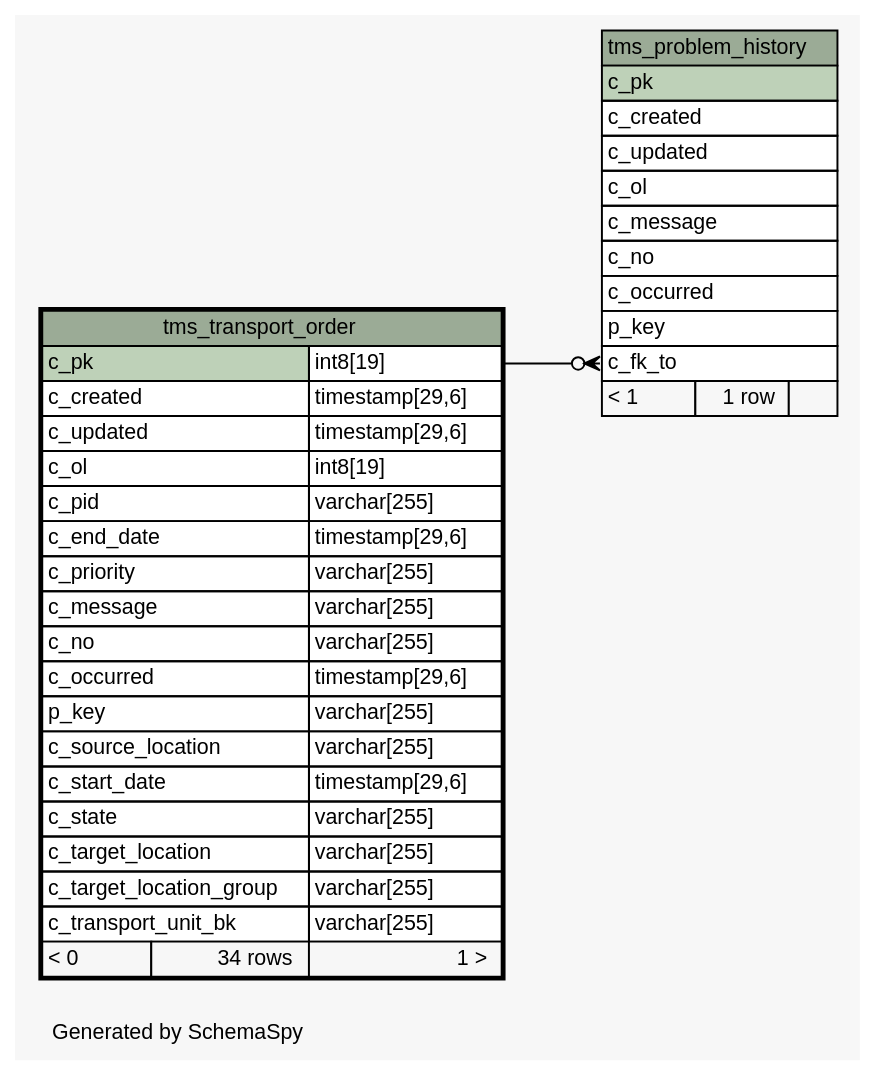
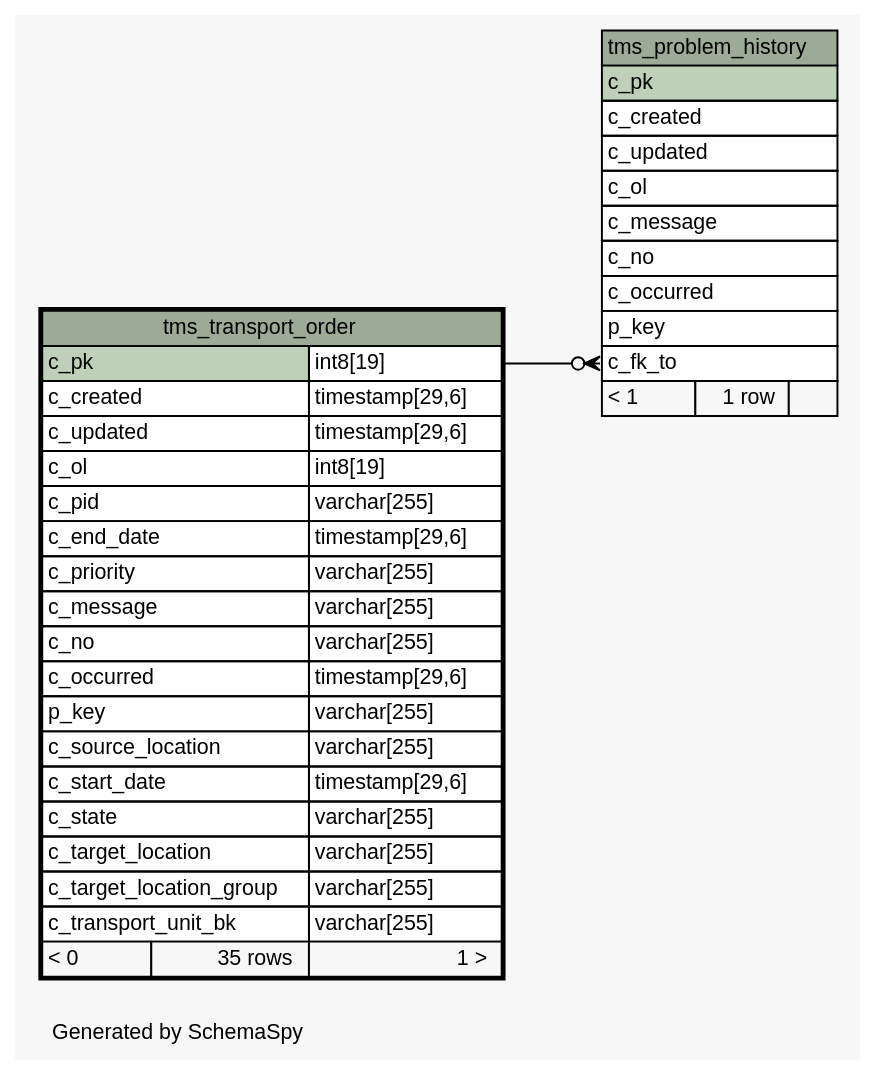
The diagram in 1.4.0-SNAPSHOT/schemaspy/diagrams/tms_transport_order.1degree.dot (openwms/org.openwms.tms.transportation), drawn with Graphviz before and after one commit. The commit also changed 303 other files, not shown here.

```diff
--- a/1.4.0-SNAPSHOT/schemaspy/diagrams/tms_transport_order.1degree.dot
+++ b/1.4.0-SNAPSHOT/schemaspy/diagrams/tms_transport_order.1degree.dot
@@ -1,67 +1,67 @@
 // dot 2.36.0 on Linux 4.4.0-101-generic
 // SchemaSpy rev Unknown
 digraph "oneDegreeRelationshipsDiagram" {
   graph [
     rankdir="RL"
     bgcolor="#f7f7f7"
     label="\nGenerated by SchemaSpy"
     labeljust="l"
     nodesep="0.18"
     ranksep="0.46"
     fontname="Helvetica"
     fontsize="11"
   ];
   node [
     fontname="Helvetica"
     fontsize="11"
     shape="plaintext"
   ];
   edge [
     arrowsize="0.8"
   ];
   "tms_problem_history":"c_fk_to":w -> "tms_transport_order":"c_pk.type":e [arrowhead=none dir=back arrowtail=crowodot];
   "tms_problem_history" [
     label=<
     <TABLE BORDER="0" CELLBORDER="1" CELLSPACING="0" BGCOLOR="#ffffff">
       <TR><TD COLSPAN="3" BGCOLOR="#9bab96" ALIGN="CENTER">tms_problem_history</TD></TR>
       <TR><TD PORT="c_pk" COLSPAN="3" BGCOLOR="#bed1b8" ALIGN="LEFT">c_pk</TD></TR>
       <TR><TD PORT="c_created" COLSPAN="3" ALIGN="LEFT">c_created</TD></TR>
       <TR><TD PORT="c_updated" COLSPAN="3" ALIGN="LEFT">c_updated</TD></TR>
       <TR><TD PORT="c_ol" COLSPAN="3" ALIGN="LEFT">c_ol</TD></TR>
       <TR><TD PORT="c_message" COLSPAN="3" ALIGN="LEFT">c_message</TD></TR>
       <TR><TD PORT="c_no" COLSPAN="3" ALIGN="LEFT">c_no</TD></TR>
       <TR><TD PORT="c_occurred" COLSPAN="3" ALIGN="LEFT">c_occurred</TD></TR>
       <TR><TD PORT="p_key" COLSPAN="3" ALIGN="LEFT">p_key</TD></TR>
       <TR><TD PORT="c_fk_to" COLSPAN="3" ALIGN="LEFT">c_fk_to</TD></TR>
       <TR><TD ALIGN="LEFT" BGCOLOR="#f7f7f7">&lt; 1</TD><TD ALIGN="RIGHT" BGCOLOR="#f7f7f7">1 row</TD><TD ALIGN="RIGHT" BGCOLOR="#f7f7f7">  </TD></TR>
     </TABLE>>
     URL="tms_problem_history.html"
     tooltip="tms_problem_history"
   ];
   "tms_transport_order" [
     label=<
     <TABLE BORDER="2" CELLBORDER="1" CELLSPACING="0" BGCOLOR="#ffffff">
       <TR><TD COLSPAN="3" BGCOLOR="#9bab96" ALIGN="CENTER">tms_transport_order</TD></TR>
       <TR><TD PORT="c_pk" COLSPAN="2" BGCOLOR="#bed1b8" ALIGN="LEFT">c_pk</TD><TD PORT="c_pk.type" ALIGN="LEFT">int8[19]</TD></TR>
       <TR><TD PORT="c_created" COLSPAN="2" ALIGN="LEFT">c_created</TD><TD PORT="c_created.type" ALIGN="LEFT">timestamp[29,6]</TD></TR>
       <TR><TD PORT="c_updated" COLSPAN="2" ALIGN="LEFT">c_updated</TD><TD PORT="c_updated.type" ALIGN="LEFT">timestamp[29,6]</TD></TR>
       <TR><TD PORT="c_ol" COLSPAN="2" ALIGN="LEFT">c_ol</TD><TD PORT="c_ol.type" ALIGN="LEFT">int8[19]</TD></TR>
       <TR><TD PORT="c_pid" COLSPAN="2" ALIGN="LEFT">c_pid</TD><TD PORT="c_pid.type" ALIGN="LEFT">varchar[255]</TD></TR>
       <TR><TD PORT="c_end_date" COLSPAN="2" ALIGN="LEFT">c_end_date</TD><TD PORT="c_end_date.type" ALIGN="LEFT">timestamp[29,6]</TD></TR>
       <TR><TD PORT="c_priority" COLSPAN="2" ALIGN="LEFT">c_priority</TD><TD PORT="c_priority.type" ALIGN="LEFT">varchar[255]</TD></TR>
       <TR><TD PORT="c_message" COLSPAN="2" ALIGN="LEFT">c_message</TD><TD PORT="c_message.type" ALIGN="LEFT">varchar[255]</TD></TR>
       <TR><TD PORT="c_no" COLSPAN="2" ALIGN="LEFT">c_no</TD><TD PORT="c_no.type" ALIGN="LEFT">varchar[255]</TD></TR>
       <TR><TD PORT="c_occurred" COLSPAN="2" ALIGN="LEFT">c_occurred</TD><TD PORT="c_occurred.type" ALIGN="LEFT">timestamp[29,6]</TD></TR>
       <TR><TD PORT="p_key" COLSPAN="2" ALIGN="LEFT">p_key</TD><TD PORT="p_key.type" ALIGN="LEFT">varchar[255]</TD></TR>
       <TR><TD PORT="c_source_location" COLSPAN="2" ALIGN="LEFT">c_source_location</TD><TD PORT="c_source_location.type" ALIGN="LEFT">varchar[255]</TD></TR>
       <TR><TD PORT="c_start_date" COLSPAN="2" ALIGN="LEFT">c_start_date</TD><TD PORT="c_start_date.type" ALIGN="LEFT">timestamp[29,6]</TD></TR>
       <TR><TD PORT="c_state" COLSPAN="2" ALIGN="LEFT">c_state</TD><TD PORT="c_state.type" ALIGN="LEFT">varchar[255]</TD></TR>
       <TR><TD PORT="c_target_location" COLSPAN="2" ALIGN="LEFT">c_target_location</TD><TD PORT="c_target_location.type" ALIGN="LEFT">varchar[255]</TD></TR>
       <TR><TD PORT="c_target_location_group" COLSPAN="2" ALIGN="LEFT">c_target_location_group</TD><TD PORT="c_target_location_group.type" ALIGN="LEFT">varchar[255]</TD></TR>
       <TR><TD PORT="c_transport_unit_bk" COLSPAN="2" ALIGN="LEFT">c_transport_unit_bk</TD><TD PORT="c_transport_unit_bk.type" ALIGN="LEFT">varchar[255]</TD></TR>
-      <TR><TD ALIGN="LEFT" BGCOLOR="#f7f7f7">&lt; 0</TD><TD ALIGN="RIGHT" BGCOLOR="#f7f7f7">34 rows</TD><TD ALIGN="RIGHT" BGCOLOR="#f7f7f7">1 &gt;</TD></TR>
+      <TR><TD ALIGN="LEFT" BGCOLOR="#f7f7f7">&lt; 0</TD><TD ALIGN="RIGHT" BGCOLOR="#f7f7f7">35 rows</TD><TD ALIGN="RIGHT" BGCOLOR="#f7f7f7">1 &gt;</TD></TR>
     </TABLE>>
     URL="tms_transport_order.html"
     tooltip="tms_transport_order"
   ];
 }
```
